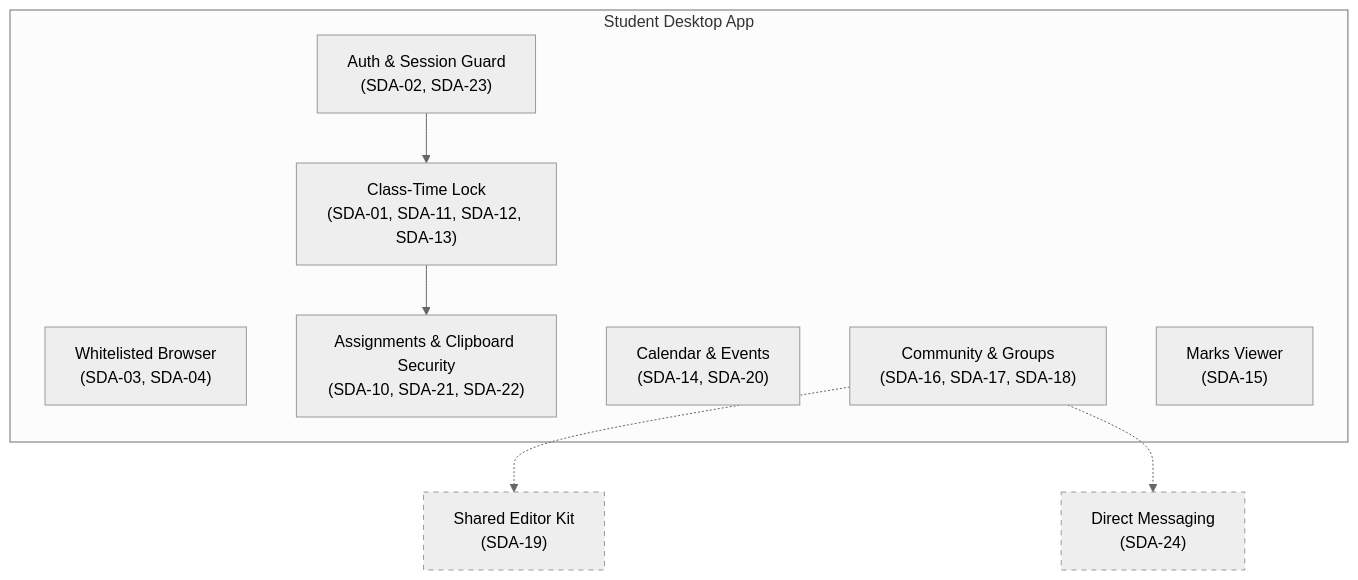
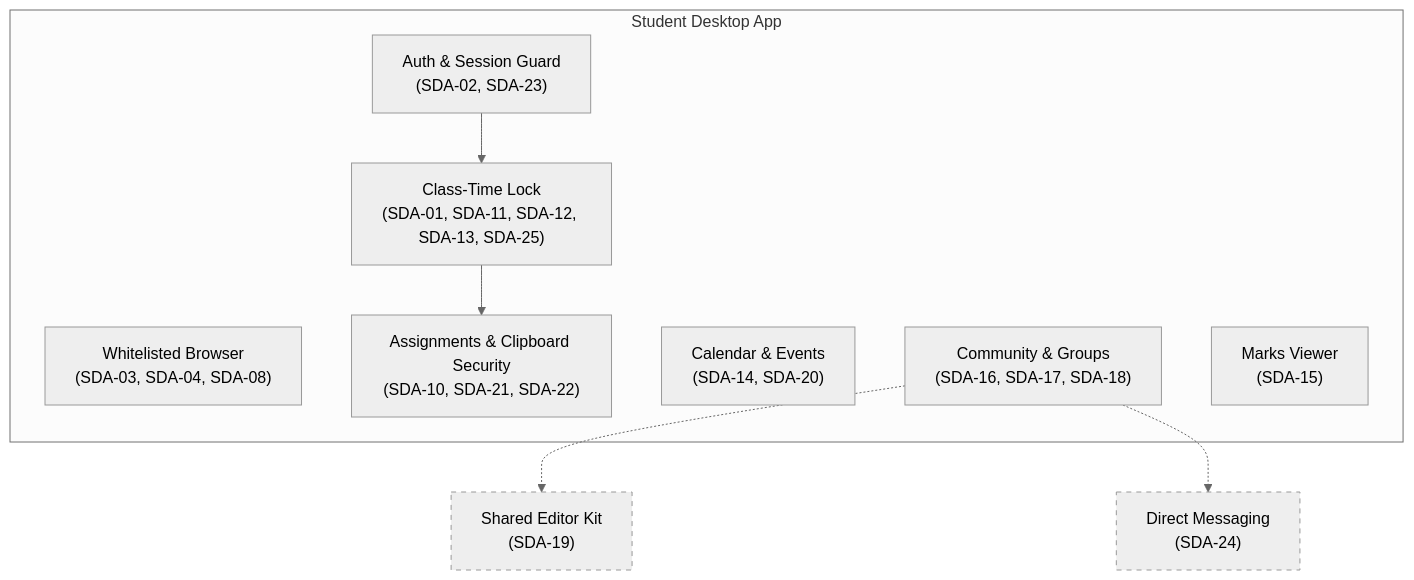
One commit to Z-Zenith/Omega changed the third of 6 diagrams in Campus platform architecture.md. Above: the diagram before and after it, drawn with Mermaid. The commit also changed other lines of this file, not shown here.

````diff
--- a/Campus platform architecture.md
+++ b/Campus platform architecture.md
@@ -259,22 +260,22 @@
 ```mermaid
 %%{init: {'theme': 'neutral'}}%%
 flowchart TB
     subgraph SDA["Student Desktop App"]
         auth["Auth & Session Guard<br/>(SDA-02, SDA-23)"]
-        lock["Class-Time Lock<br/>(SDA-01, SDA-11, SDA-12, SDA-13)"]
-        browser["Whitelisted Browser<br/>(SDA-03, SDA-04)"]
+        lock["Class-Time Lock<br/>(SDA-01, SDA-11, SDA-12, SDA-13, SDA-25)"]
+        browser["Whitelisted Browser<br/>(SDA-03, SDA-04, SDA-08)"]
         assign["Assignments & Clipboard Security<br/>(SDA-10, SDA-21, SDA-22)"]
         calendar["Calendar & Events<br/>(SDA-14, SDA-20)"]
         community["Community & Groups<br/>(SDA-16, SDA-17, SDA-18)"]
         marks["Marks Viewer<br/>(SDA-15)"]
     end
     sek["Shared Editor Kit<br/>(SDA-19)"]:::shared
     dms["Direct Messaging<br/>(SDA-24)"]:::shared
 
     auth --> lock
     lock --> assign
     community -.-> sek
     community -.-> dms
 
     classDef shared stroke-dasharray: 5 5
 ```
````
